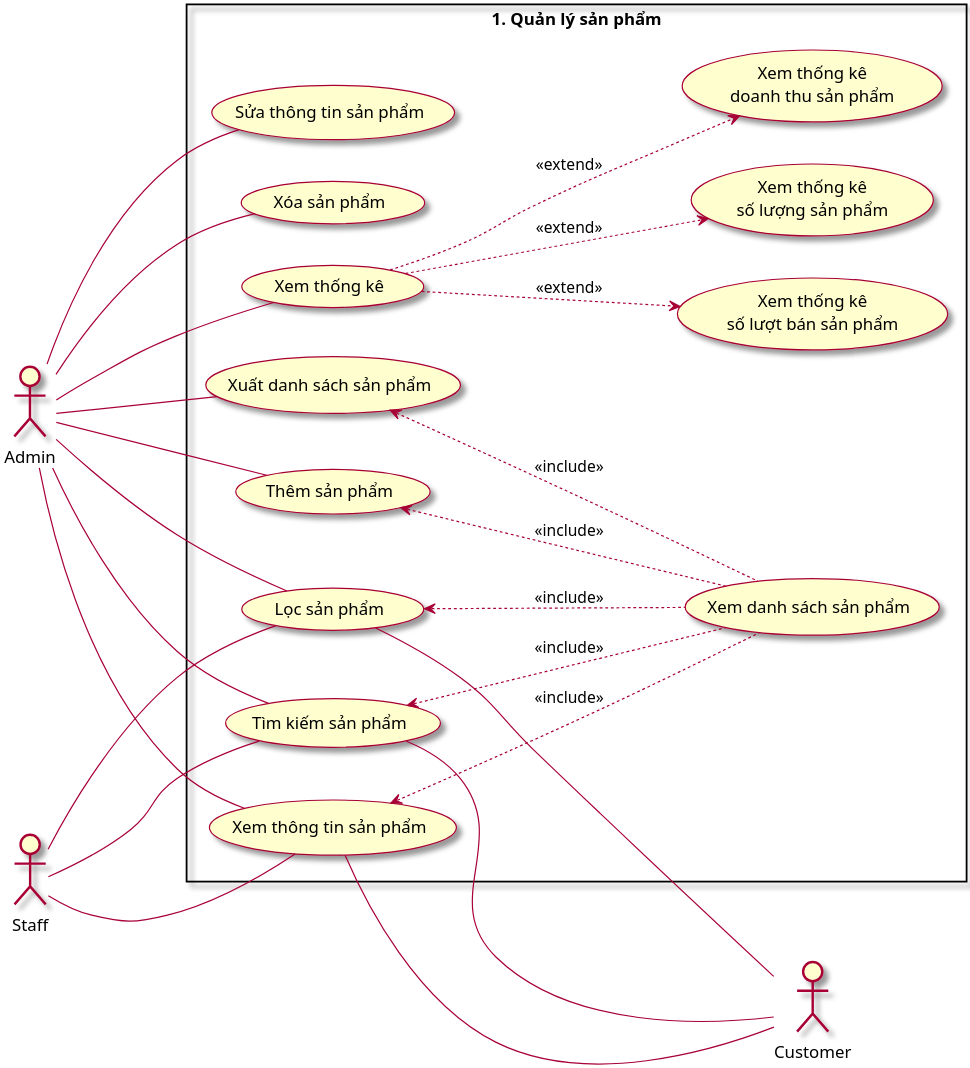
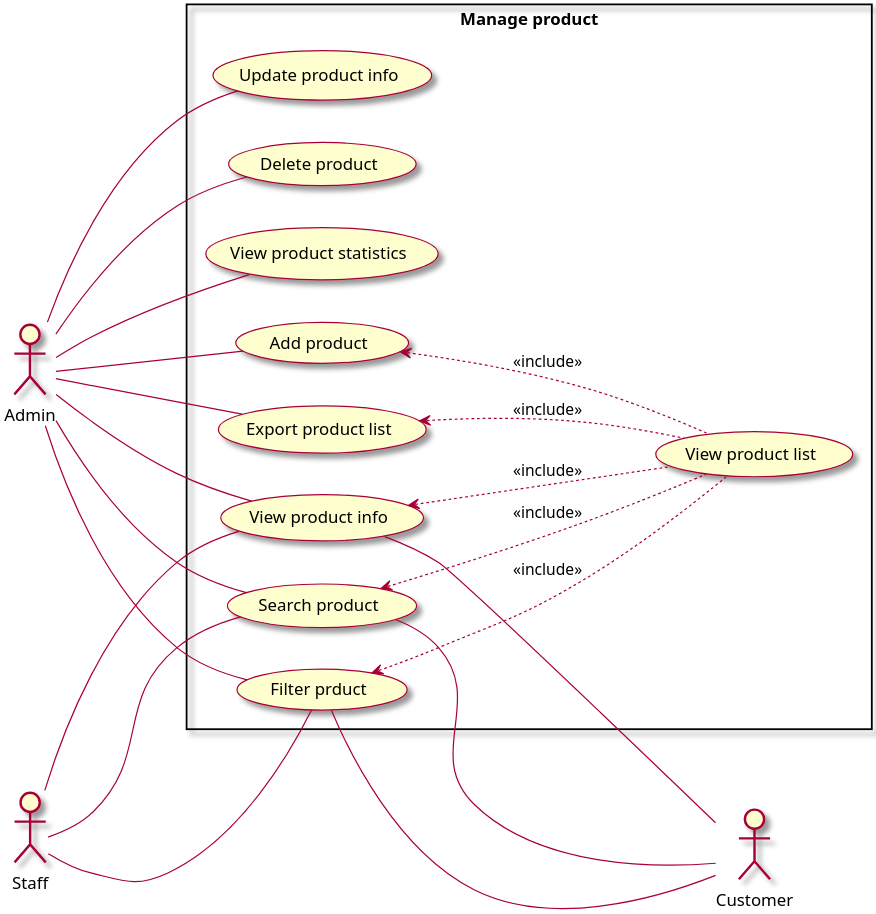
The diagram in Usecase/1. ManageProduct.puml (Marowota/ecommerce-plantuml), drawn with PlantUML before and after one commit. The commit also changed 10 other files, not shown here.

```diff
--- a/Usecase/1. ManageProduct.puml
+++ b/Usecase/1. ManageProduct.puml
@@ -1,53 +1,46 @@
 @startuml ManageProduct
 
 left to right direction
 scale 3
 skin rose
 
 actor Admin as admin
 actor Customer as customer
 actor Staff as staff
 
-rectangle "1. Quản lý sản phẩm" {
-    usecase (Thêm sản phẩm) as tsp
-    usecase (Xem danh sách sản phẩm) as xdssp
-    usecase (Xem thông tin sản phẩm) as xttsp
-    usecase (Sửa thông tin sản phẩm) as sttsp
-    usecase (Xóa sản phẩm) as xosp
-    usecase (Lọc sản phẩm) as lsp
-    usecase (Tìm kiếm sản phẩm) as tksp
-    usecase (Xem thống kê) as xtk
-    usecase (Xuất danh sách sản phẩm) as xudssp
-    usecase (Xem thống kê\nsố lượng sản phẩm) as xtkslsp
-    usecase (Xem thống kê\ndoanh thu sản phẩm) as xtkdtsp
-    usecase (Xem thống kê\nsố lượt bán sản phẩm) as xtkslbsp
+rectangle "Manage product" {
+    usecase (Add product) as tsp
+    usecase (View product list) as xdssp
+    usecase (View product info) as xttsp
+    usecase (Update product info) as sttsp
+    usecase (Delete product) as xosp
+    usecase (Filter prduct) as lsp
+    usecase (Search product) as tksp
+    usecase (View product statistics) as xtk
+    usecase (Export product list) as xudssp
 }
 
 admin --- tsp
 admin --- xttsp
 admin --- xosp
 admin --- sttsp
 admin --- lsp
 admin --- tksp
 admin --- xtk
 admin --- xudssp
 
 xttsp --- customer
 lsp --- customer
 tksp --- customer
 
 staff --- xttsp
 staff --- lsp
 staff --- tksp
 
-xtk ...> xtkdtsp : <<extend>>
-xtk ...> xtkslbsp : <<extend>>
-xtk ...> xtkslsp : <<extend>>
-
 tsp <... xdssp : <<include>>
 xttsp <... xdssp : <<include>>
 lsp <... xdssp : <<include>>
 tksp <... xdssp : <<include>>
 xudssp <... xdssp : <<include>>
 
 @enduml
```
